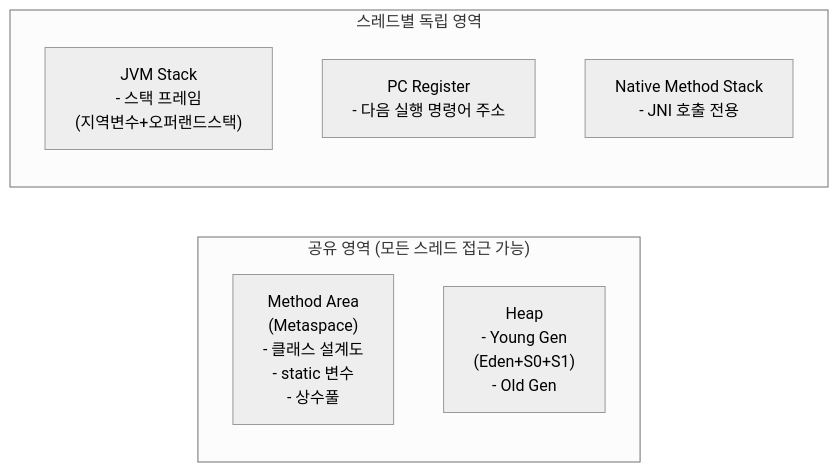
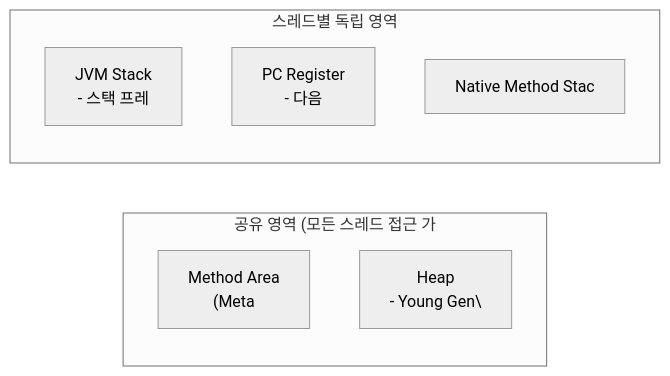
The third of 7 diagrams in _posts/java/2026-05-02-jvm-architecture.md (yjkim2015/yjkim2015.github.io), drawn with Mermaid (neutral theme) before and after one commit. The commit also changed other lines of this file and 271 other files, not shown here.

First line of the commit message:
Mermaid 라벨 축소: 긴 노드 텍스트 18자 이하로 트림 + \n 제거

````diff
--- a/_posts/java/2026-05-02-jvm-architecture.md
+++ b/_posts/java/2026-05-02-jvm-architecture.md
@@ -266,12 +266,12 @@
 ```mermaid
 flowchart LR
-    subgraph SHARED["공유 영역 (모든 스레드 접근 가능)"]
-        MA["Method Area\n(Metaspace)\n- 클래스 설계도\n- static 변수\n- 상수풀"]
-        HP["Heap\n- Young Gen\n  (Eden+S0+S1)\n- Old Gen"]
+    subgraph SHARED["공유 영역 (모든 스레드 접근 가"]
+        MA["Method Area\n(Meta"]
+        HP["Heap\n- Young Gen\"]
     end
     subgraph THREAD["스레드별 독립 영역"]
-        ST["JVM Stack\n- 스택 프레임\n  (지역변수+오퍼랜드스택)"]
-        PC["PC Register\n- 다음 실행 명령어 주소"]
-        NS["Native Method Stack\n- JNI 호출 전용"]
+        ST["JVM Stack\n- 스택 프레"]
+        PC["PC Register\n- 다음"]
+        NS["Native Method Stac"]
     end
 ```
````
